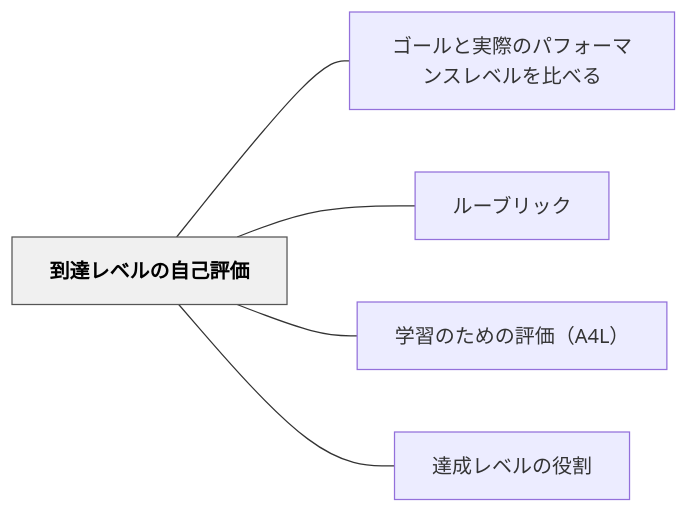
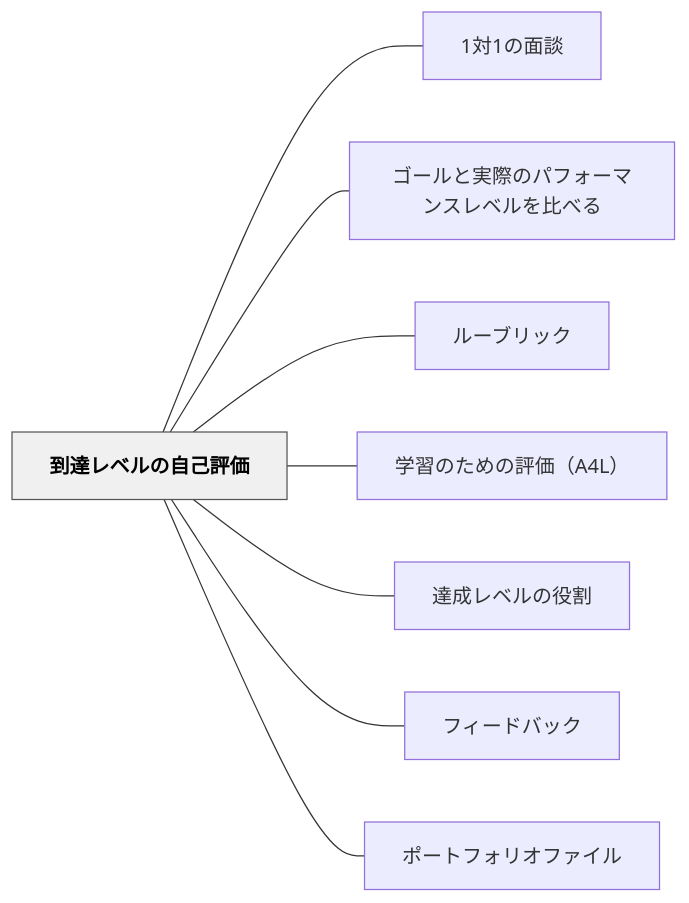
Before and after one commit to unknownthings-ed-patterns/unknownthings-ed-patterns: the diagram in content/パタン/到達レベルの自己評価.md, drawn with Mermaid. The commit also changed other lines of this file and 100 other files, not shown here.

````diff
--- a/content/パタン/到達レベルの自己評価.md
+++ b/content/パタン/到達レベルの自己評価.md
@@ -64,16 +62,22 @@
 ```mermaid
 flowchart LR
     ne588b0e98194e383ace38399e383abe381aee887aae5b7b1e8a995e4bea1["到達レベルの自己評価"]
+    n31e5afbe31e381aee99da2e8ab87["1対1の面談"]
     ne382b4e383bce383abe381a8e5ae9fe99a9be381aee38391e38395e382a9e383bce3839ee383b3e382b9e383ace38399e383abe38292e6af94e381b9e3828b["ゴールと実際のパフォーマンスレベルを比べる"]
     ne383abe383bce38396e383aae38383e382af["ルーブリック"]
     ne5ada6e7bf92e381aee3819fe38281e381aee8a995e4bea1efbc8841344cefbc89["学習のための評価（A4L）"]
     ne98194e68890e383ace38399e383abe381aee5bdb9e589b2["達成レベルの役割"]
+    ne38395e382a3e383bce38389e38390e38383e382af["フィードバック"]
+    ne3839de383bce38388e38395e382a9e383aae382aae38395e382a1e382a4e383ab["ポートフォリオファイル"]
 
+    ne588b0e98194e383ace38399e383abe381aee887aae5b7b1e8a995e4bea1 --- n31e5afbe31e381aee99da2e8ab87
     ne588b0e98194e383ace38399e383abe381aee887aae5b7b1e8a995e4bea1 --- ne382b4e383bce383abe381a8e5ae9fe99a9be381aee38391e38395e382a9e383bce3839ee383b3e382b9e383ace38399e383abe38292e6af94e381b9e3828b
     ne588b0e98194e383ace38399e383abe381aee887aae5b7b1e8a995e4bea1 --- ne383abe383bce38396e383aae38383e382af
     ne588b0e98194e383ace38399e383abe381aee887aae5b7b1e8a995e4bea1 --- ne5ada6e7bf92e381aee3819fe38281e381aee8a995e4bea1efbc8841344cefbc89
     ne588b0e98194e383ace38399e383abe381aee887aae5b7b1e8a995e4bea1 --- ne98194e68890e383ace38399e383abe381aee5bdb9e589b2
+    ne588b0e98194e383ace38399e383abe381aee887aae5b7b1e8a995e4bea1 --- ne38395e382a3e383bce38389e38390e38383e382af
+    ne588b0e98194e383ace38399e383abe381aee887aae5b7b1e8a995e4bea1 --- ne3839de383bce38388e38395e382a9e383aae382aae38395e382a1e382a4e383ab
 
     classDef hub fill:#f0f0f0,stroke:#555,color:#000,font-weight:bold
     class ne588b0e98194e383ace38399e383abe381aee887aae5b7b1e8a995e4bea1 hub
 ```
````
